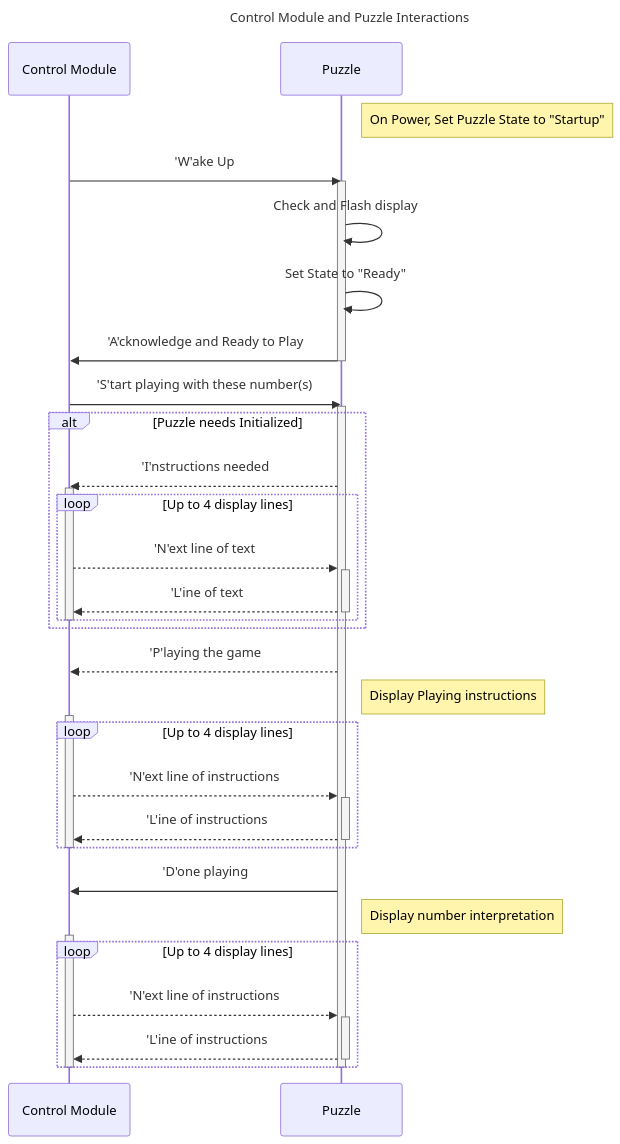
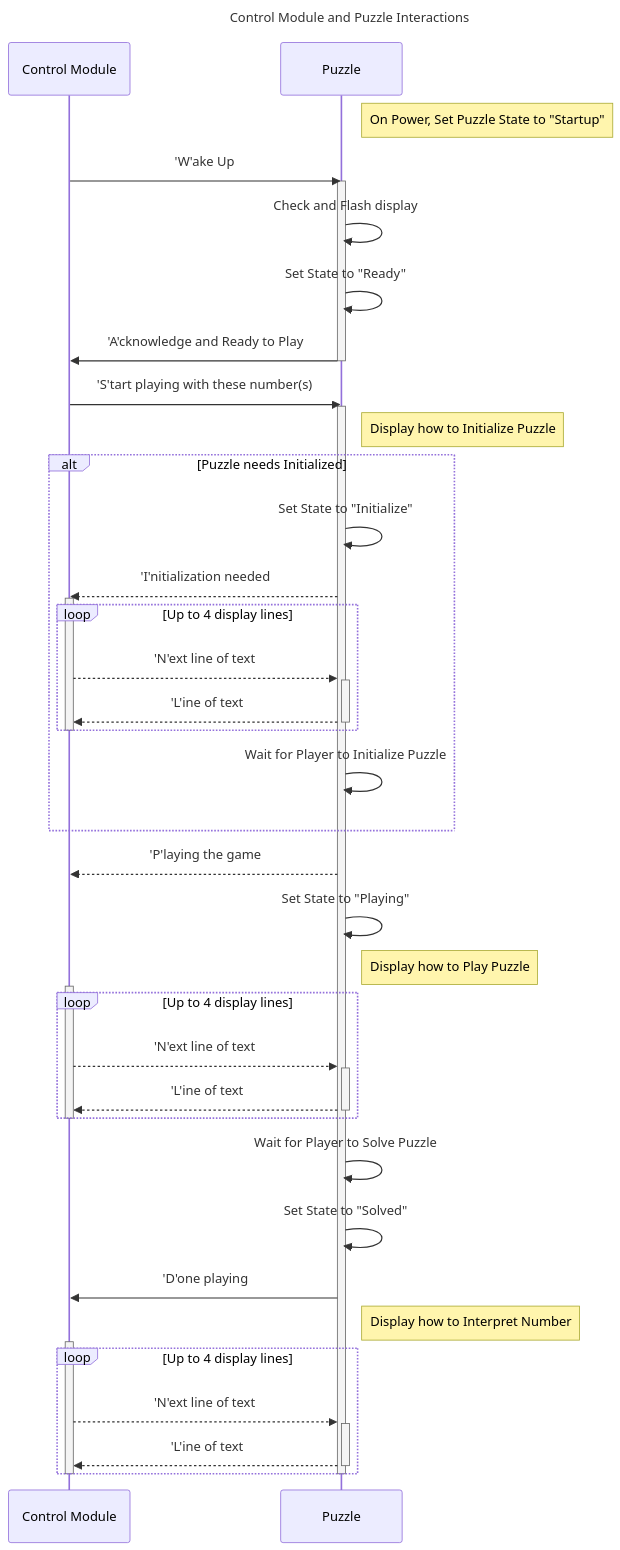
One commit to greggubben/PhoneHomeBusyBox changed the first of 2 diagrams in README.md. Above: the diagram before and after it, drawn with Mermaid. The commit also changed other lines of this file, not shown here.

Commit message:
architecture section state diagram

````diff
--- a/README.md
+++ b/README.md
@@ -40,49 +40,63 @@
 ```mermaid
 ---
 title: Control Module and Puzzle Interactions
 ---
 sequenceDiagram
   participant control as Control Module
   participant puzzle as Puzzle
+
   Note right of puzzle: On Power, Set Puzzle State to "Startup"
   control->>puzzle: 'W'ake Up
   activate puzzle
   puzzle->>puzzle: Check and Flash display
   puzzle->>puzzle: Set State to "Ready"
   puzzle->>control: 'A'cknowledge and Ready to Play
   deactivate puzzle
+
   control->>puzzle: 'S'tart playing with these number(s)
   activate puzzle
+
+  Note right of puzzle: Display how to Initialize Puzzle
   alt Puzzle needs Initialized
-    puzzle-->>control: 'I'nstructions needed
+    puzzle->>puzzle: Set State to "Initialize"
+    puzzle-->>control: 'I'nitialization needed
     activate control
     loop Up to 4 display lines
       control-->>puzzle: 'N'ext line of text
       activate puzzle
       puzzle-->>control: 'L'ine of text
       deactivate puzzle
     end
     deactivate control
+    puzzle->>puzzle: Wait for Player to Initialize Puzzle
   end
+
   puzzle-->>control: 'P'laying the game
-  Note right of puzzle: Display Playing instructions
+  puzzle->>puzzle: Set State to "Playing"
+  Note right of puzzle: Display how to Play Puzzle
   activate control
   loop Up to 4 display lines
-    control-->>puzzle: 'N'ext line of instructions
+    control-->>puzzle: 'N'ext line of text
     activate puzzle
-    puzzle-->>control: 'L'ine of instructions
+    puzzle-->>control: 'L'ine of text
     deactivate puzzle
   end
   deactivate control
+
+  puzzle->>puzzle: Wait for Player to Solve Puzzle
+
+  puzzle->>puzzle: Set State to "Solved"
   puzzle->>control: 'D'one playing
-  Note right of puzzle: Display number interpretation
+  Note right of puzzle: Display how to Interpret Number
   activate control
   loop Up to 4 display lines
-    control-->>puzzle: 'N'ext line of instructions
+    control-->>puzzle: 'N'ext line of text
     activate puzzle
-    puzzle-->>control: 'L'ine of instructions
+    puzzle-->>control: 'L'ine of text
     deactivate puzzle
   end
   deactivate control
+
   deactivate puzzle
+
 ```
````
